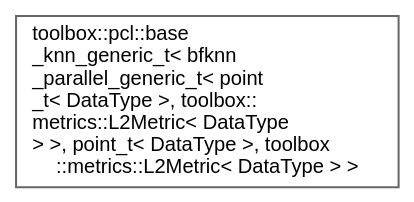
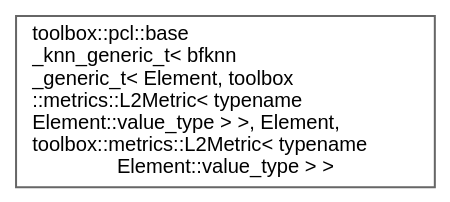
The diagram in inherit_graph_99.dot (nerdneilsfield/cpp-toolbox), drawn with Graphviz before and after one commit. The commit also changed 738 other files, not shown here.

```diff
--- a/inherit_graph_99.dot
+++ b/inherit_graph_99.dot
@@ -1,9 +1,9 @@
 digraph "Graphical Class Hierarchy"
 {
  // LATEX_PDF_SIZE
   bgcolor="transparent";
   edge [fontname=Helvetica,fontsize=10,labelfontname=Helvetica,labelfontsize=10];
   node [fontname=Helvetica,fontsize=10,shape=box,height=0.2,width=0.4];
   rankdir="LR";
-  Node0 [id="Node000000",label="toolbox::pcl::base\l_knn_generic_t\< bfknn\l_parallel_generic_t\< point\l_t\< DataType \>, toolbox::\lmetrics::L2Metric\< DataType\l \> \>, point_t\< DataType \>, toolbox\l::metrics::L2Metric\< DataType \> \>",height=0.2,width=0.4,color="grey40", fillcolor="white", style="filled",URL="$classtoolbox_1_1pcl_1_1base__knn__generic__t.html",tooltip=" "];
+  Node0 [id="Node000000",label="toolbox::pcl::base\l_knn_generic_t\< bfknn\l_generic_t\< Element, toolbox\l::metrics::L2Metric\< typename\l Element::value_type \> \>, Element,\l toolbox::metrics::L2Metric\< typename\l Element::value_type \> \>",height=0.2,width=0.4,color="grey40", fillcolor="white", style="filled",URL="$classtoolbox_1_1pcl_1_1base__knn__generic__t.html",tooltip=" "];
 }
```
